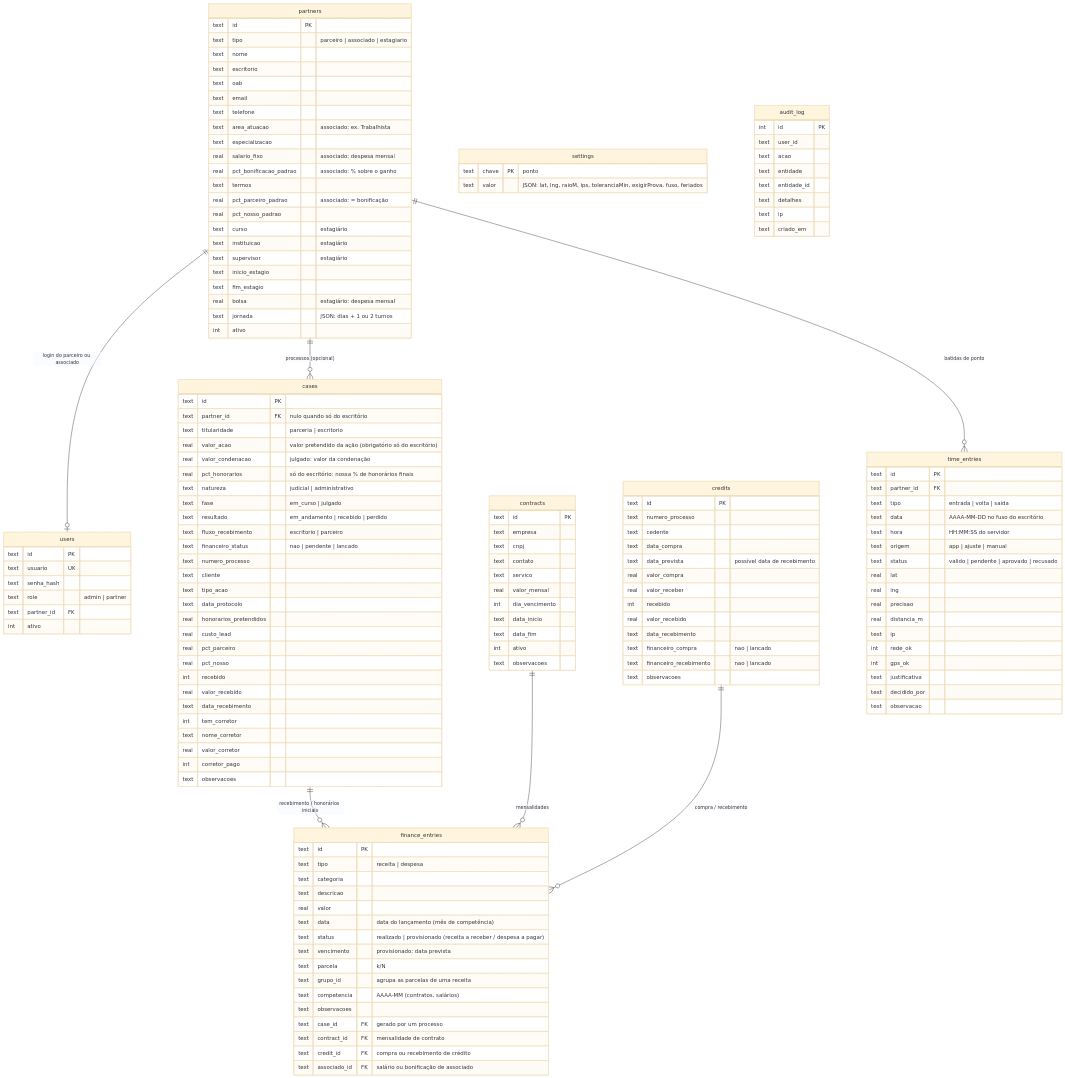
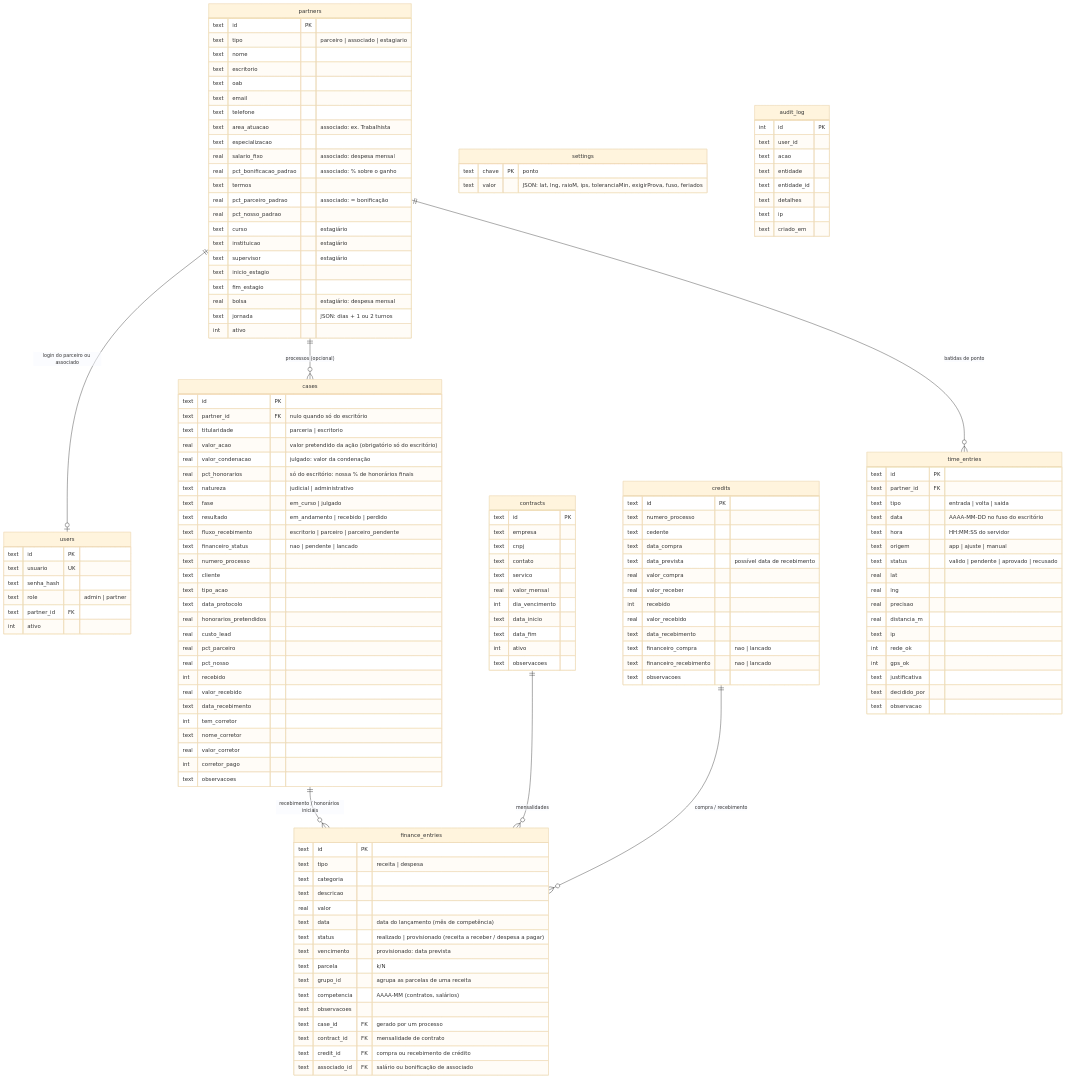
One commit to GACAR1524/parcerias-site changed the second of 3 diagrams in ARQUITETURA.md. Above: the diagram before and after it, drawn with Mermaid (base theme). The commit also changed other lines of this file and 9 other files, not shown here.

```diff
--- a/ARQUITETURA.md
+++ b/ARQUITETURA.md
@@ -135,7 +135,7 @@
     text natureza "judicial | administrativo"
     text fase "em_curso | julgado"
     text resultado "em_andamento | recebido | perdido"
-    text fluxo_recebimento "escritorio | parceiro"
+    text fluxo_recebimento "escritorio | parceiro | parceiro_pendente"
     text financeiro_status "nao | pendente | lancado"
     text numero_processo
     text cliente
```
